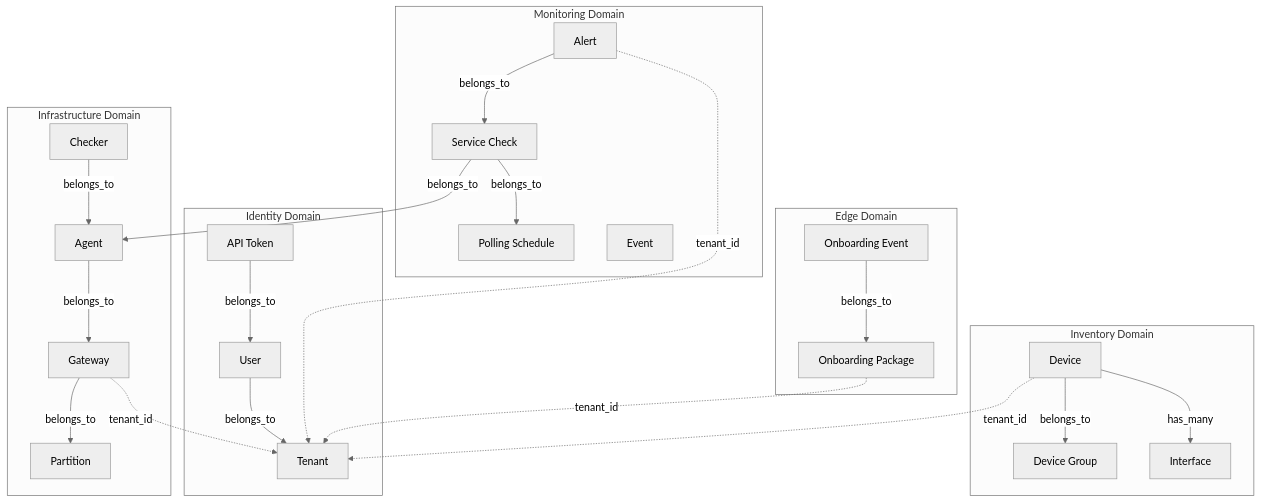
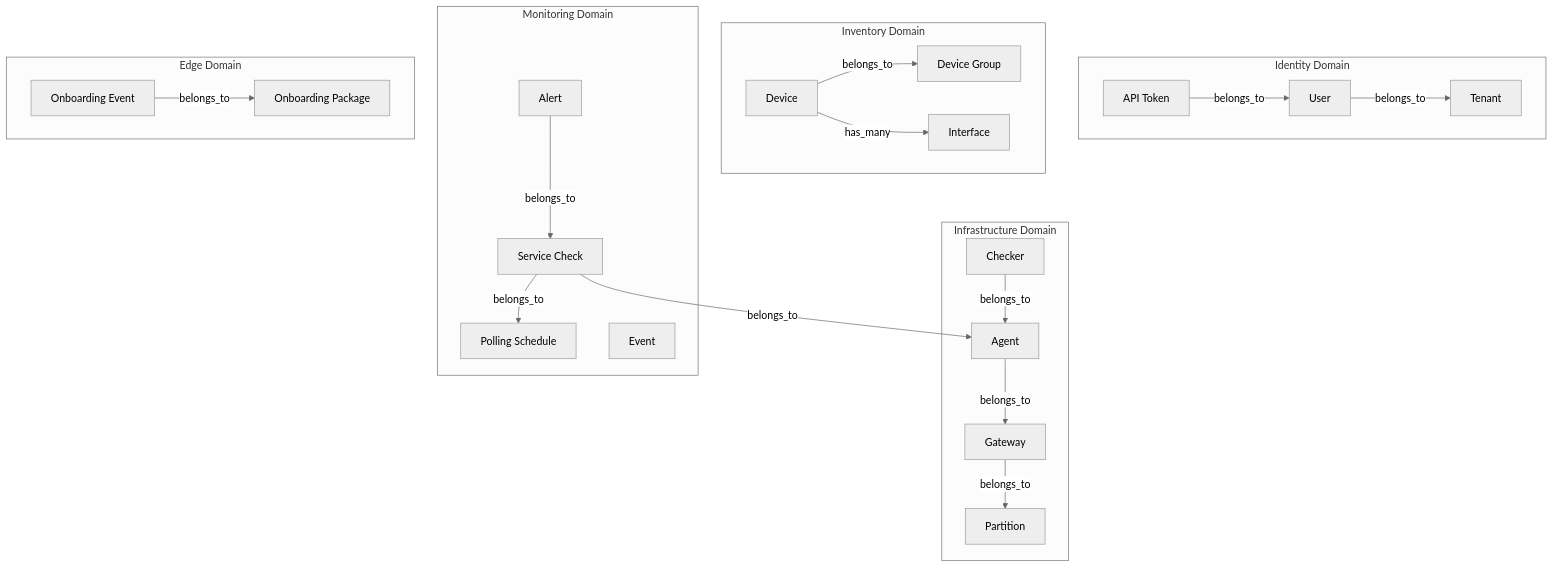
Before and after one commit to carverauto/serviceradar: the diagram in docs/docs/ash-domains.md, drawn with Mermaid (neutral theme). The commit also changed other lines of this file and 15 other files, not shown here.

````diff
--- a/docs/docs/ash-domains.md
+++ b/docs/docs/ash-domains.md
@@ -12,50 +12,45 @@
 ```mermaid
 graph TB
     subgraph Identity["Identity Domain"]
         Tenant[Tenant]
         User[User]
         ApiToken[API Token]
         User -->|belongs_to| Tenant
         ApiToken -->|belongs_to| User
     end
 
     subgraph Inventory["Inventory Domain"]
         Device[Device]
         DeviceGroup[Device Group]
         Interface[Interface]
         Device -->|belongs_to| DeviceGroup
         Device -->|has_many| Interface
     end
 
     subgraph Infrastructure["Infrastructure Domain"]
         Partition[Partition]
         Gateway[Gateway]
         Agent[Agent]
         Checker[Checker]
         Gateway -->|belongs_to| Partition
         Agent -->|belongs_to| Gateway
         Checker -->|belongs_to| Agent
     end
 
     subgraph Monitoring["Monitoring Domain"]
         PollingSchedule[Polling Schedule]
         ServiceCheck[Service Check]
         Alert[Alert]
         Event[Event]
         ServiceCheck -->|belongs_to| PollingSchedule
         ServiceCheck -->|belongs_to| Agent
         Alert -->|belongs_to| ServiceCheck
     end
 
     subgraph Edge["Edge Domain"]
         OnboardingPackage[Onboarding Package]
         OnboardingEvent[Onboarding Event]
         OnboardingEvent -->|belongs_to| OnboardingPackage
     end
 
-    %% Cross-domain relationships
-    Device -.->|tenant_id| Tenant
-    Gateway -.->|tenant_id| Tenant
-    Alert -.->|tenant_id| Tenant
-    OnboardingPackage -.->|tenant_id| Tenant
 ```
````
